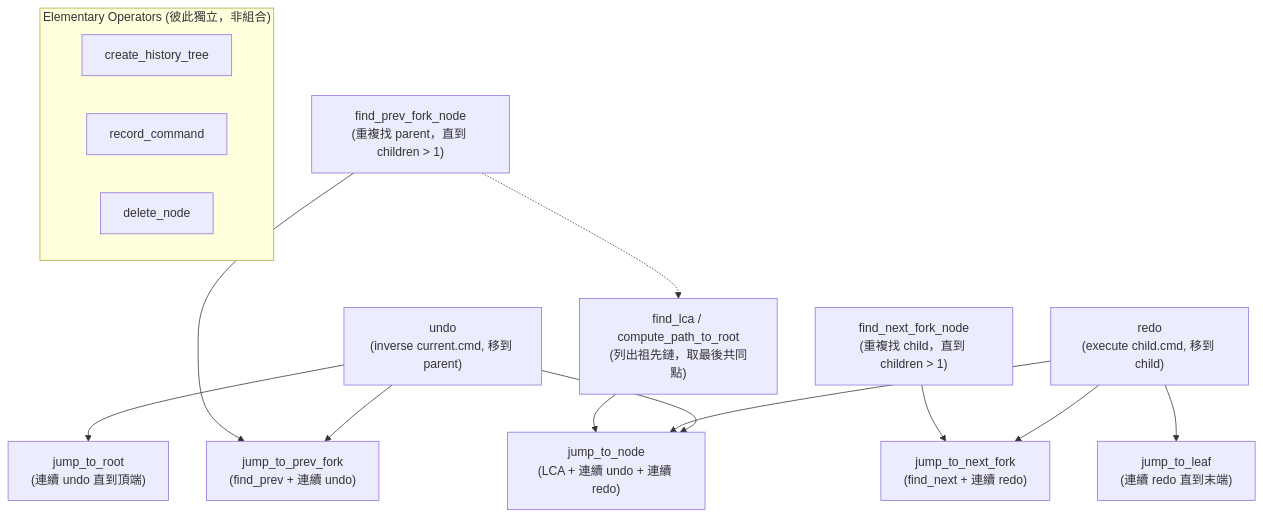
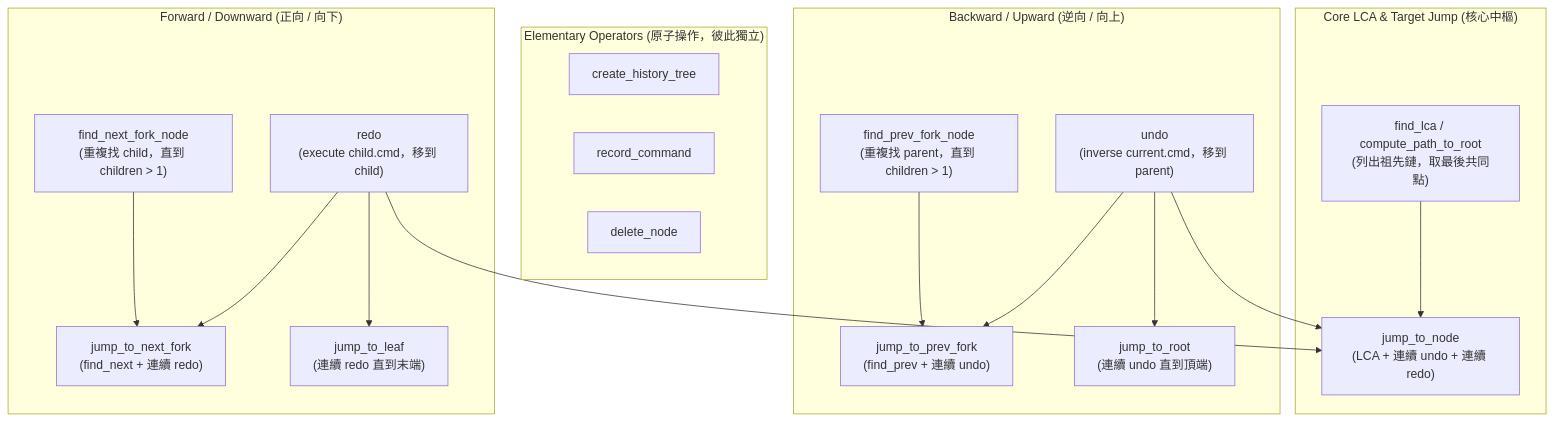
Before and after one commit to wVQ88Soi2Il9/vF0hcy4377Sf: the diagram in docs/QA/0004-2608251715_history-manager-hierarchy-refactor.md, drawn with Mermaid. The commit also changed other lines of this file and 1 other file, not shown here.

Commit message:
docs(qa): optimize history_manager dependency graph in QA 0004 with symmetric layout

````diff
--- a/docs/QA/0004-2608251715_history-manager-hierarchy-refactor.md
+++ b/docs/QA/0004-2608251715_history-manager-hierarchy-refactor.md
@@ -43,38 +41,46 @@
 ```mermaid
 flowchart TD
-    subgraph Elementary["Elementary Operators (彼此獨立，非組合)"]
-        create_history_tree["create_history_tree"]
-        record_command["record_command"]
+    %% 基礎原子層
+    subgraph Elementary["Elementary Operators (原子操作，彼此獨立)"]
+        create_tree["create_history_tree"]
+        record_cmd["record_command"]
         delete_node["delete_node"]
     end
 
-    undo["undo<br/>(inverse current.cmd, 移到 parent)"]
-    redo["redo<br/>(execute child.cmd, 移到 child)"]
+    %% 核心中樞
+    subgraph Core["Core LCA & Target Jump (核心中樞)"]
+        lca["find_lca / compute_path_to_root<br/>(列出祖先鏈，取最後共同點)"]
+        jump_node["jump_to_node<br/>(LCA + 連續 undo + 連續 redo)"]
+    end
 
-    find_prev["find_prev_fork_node<br/>(重複找 parent，直到 children > 1)"]
-    find_next["find_next_fork_node<br/>(重複找 child，直到 children > 1)"]
+    %% 左側：逆向（Undo / Prev）系列
+    subgraph Upward["Backward / Upward (逆向 / 向上)"]
+        find_prev["find_prev_fork_node<br/>(重複找 parent，直到 children > 1)"]
+        undo["undo<br/>(inverse current.cmd，移到 parent)"]
+        jump_prev["jump_to_prev_fork<br/>(find_prev + 連續 undo)"]
+        jump_root["jump_to_root<br/>(連續 undo 直到頂端)"]
+    end
 
-    lca["find_lca / compute_path_to_root<br/>(列出祖先鏈，取最後共同點)"]
+    %% 右側：正向（Redo / Next）系列
+    subgraph Downward["Forward / Downward (正向 / 向下)"]
+        find_next["find_next_fork_node<br/>(重複找 child，直到 children > 1)"]
+        redo["redo<br/>(execute child.cmd，移到 child)"]
+        jump_next["jump_to_next_fork<br/>(find_next + 連續 redo)"]
+        jump_leaf["jump_to_leaf<br/>(連續 redo 直到末端)"]
+    end
 
-    jump_prev["jump_to_prev_fork<br/>(find_prev + 連續 undo)"]
-    jump_next["jump_to_next_fork<br/>(find_next + 連續 redo)"]
+    %% 左側連線
+    find_prev --> jump_prev
+    undo --> jump_prev
+    undo --> jump_root
+    undo --> jump_node
 
-    jump_node["jump_to_node<br/>(LCA + 連續 undo + 連續 redo)"]
+    %% 右側連線
+    find_next --> jump_next
+    redo --> jump_next
+    redo --> jump_leaf
+    redo --> jump_node
 
-    jump_root["jump_to_root<br/>(連續 undo 直到頂端)"]
-    jump_leaf["jump_to_leaf<br/>(連續 redo 直到末端)"]
-
-    %% Dependencies
-    undo --> jump_prev
-    undo --> jump_node
-    undo --> jump_root
-    find_prev --> jump_prev
-    find_prev -.-> lca
-
-    redo --> jump_next
-    redo --> jump_node
-    redo --> jump_leaf
-    find_next --> jump_next
-
+    %% 中樞連線
     lca --> jump_node
 ```
````
